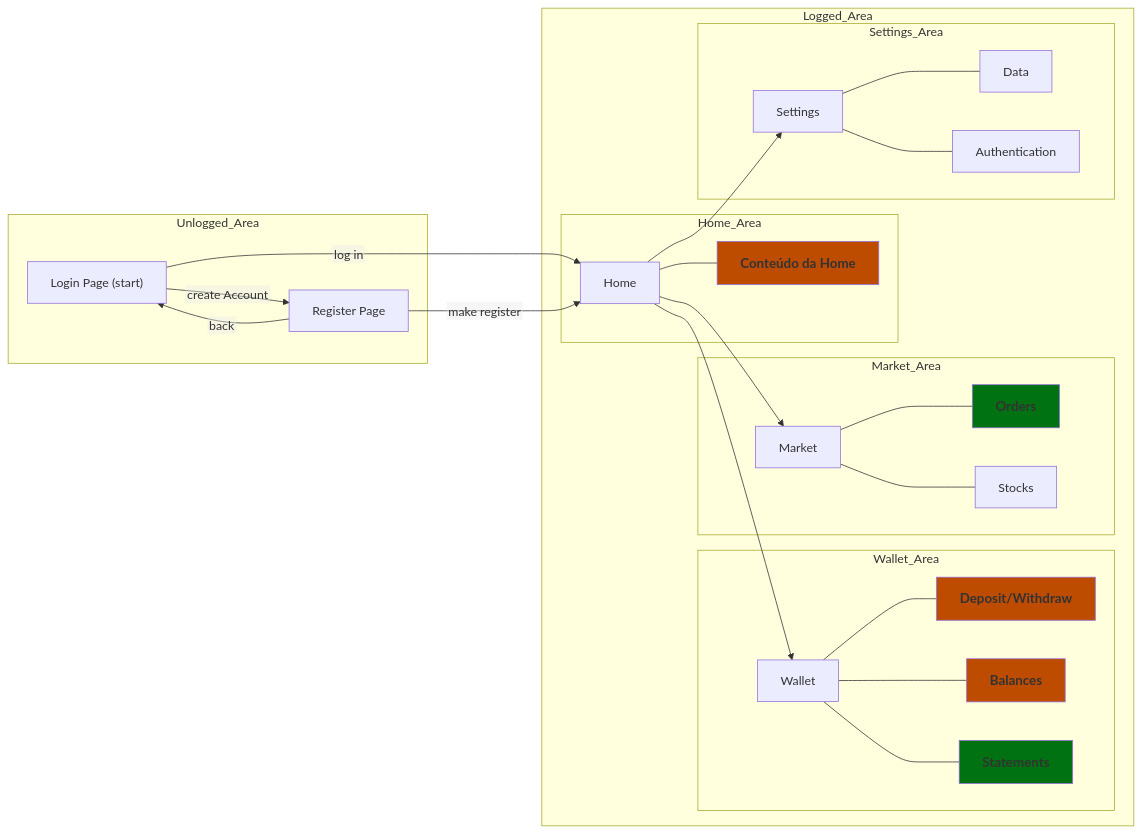
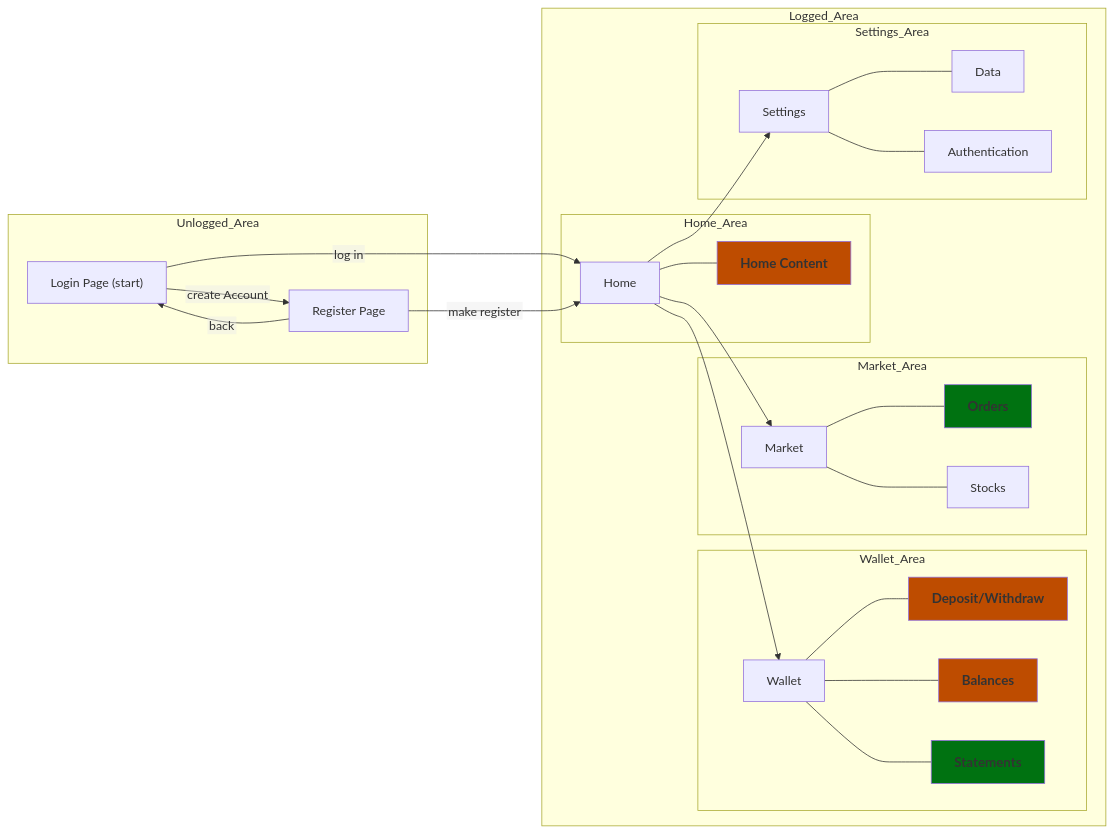
Before and after one commit to Lucas-MDC/BaroTrader: the diagram in docs/architecture.md, drawn with Mermaid.

````diff
--- a/docs/architecture.md
+++ b/docs/architecture.md
@@ -1,66 +1,66 @@
 ```mermaid
 ---
 config:
   flowchart:
     htmlLabels: false
 ---
 flowchart LR
 
     classDef warning fill: #be4c00ff, font-weight: bold, font-size: 13pt
     classDef suggest fill: #007211ff, font-weight: bold, font-size: 13pt
         
     subgraph Unlogged_Area
     loginPage["Login Page (start)"]
     register["Register Page"]
     end
     
     subgraph Logged_Area
 
         subgraph Home_Area
             home["Home"]
-            content["Conteúdo da Home"]
+            content["Home Content"]
         end
 
         subgraph Wallet_Area
             wallet["Wallet"]
             money_io["Deposit/Withdraw"]
             balances["Balances"]
             statements["Statements"]
             
         end
     
         subgraph Market_Area
             market["Market"]
             orders["Orders"]
             stocks["Stocks"]
         end
     
         subgraph Settings_Area
             settings["Settings"]
             user_perfil["Data"]
             auth["Authentication"]
         end
     
     loginPage -->|log in| home
     loginPage -->|create Account| register
     register -->|back| loginPage
     register -->|make register| home
     
     home --> wallet
     home --> market
     home --> settings
     
     home --- content:::warning
 
     wallet --- money_io:::warning
     wallet --- balances:::warning
     wallet --- statements:::suggest
 
     market --- orders:::suggest
     market --- stocks
 
     settings --- user_perfil
     settings --- auth
     
     end
 ```
````
